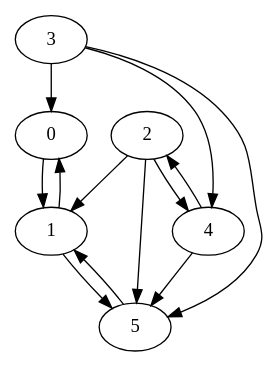
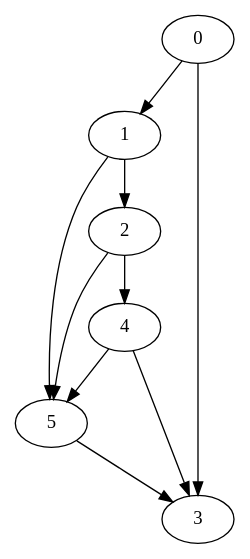
The diagram in test.gv (GabeJerome/Graphs), drawn with Graphviz before and after one commit. The commit also changed 13 other files, not shown here.

```diff
--- a/test.gv
+++ b/test.gv
@@ -1,14 +1,11 @@
 digraph A {
-	0 -> 1 [weight = 1]
-	1 -> 0 [weight = 3]
-	1 -> 5 [weight = 1]
-	2 -> 1 [weight = 2]
-	2 -> 4 [weight = 4]
+	0 -> 1 [weight = 4]
+	0 -> 3 [weight = 9]
+	1 -> 2 [weight = 2]
+	1 -> 5 [weight = 2]
+	2 -> 4 [weight = 6]
 	2 -> 5 [weight = 7]
-	3 -> 0 [weight = 9]
-	3 -> 4 [weight = 2]
-	3 -> 5 [weight = 1]
-	4 -> 2 [weight = 2]
+	4 -> 3 [weight = 2]
 	4 -> 5 [weight = 1]
-	5 -> 1 [weight = 1]
+	5 -> 3 [weight = 1]
 }
```
